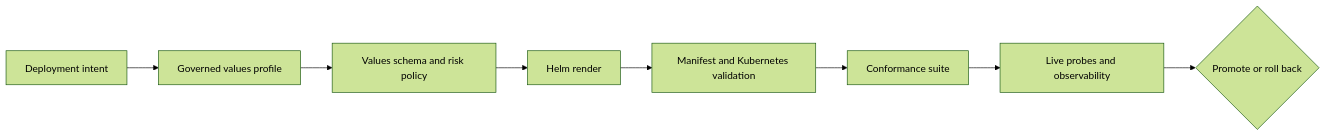
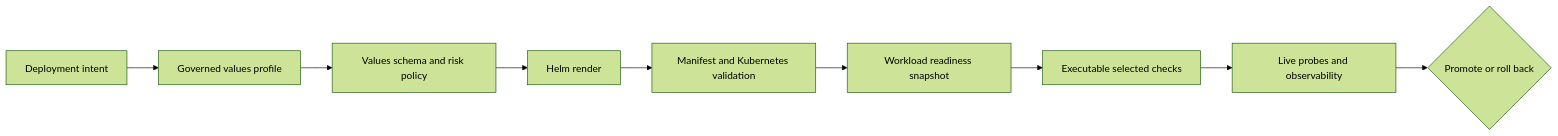
The first of 3 diagrams in docs/bijux-atlas-ops/kubernetes/index.md (bijux/bijux-atlas), drawn with Mermaid (forest theme) before and after one commit. The commit also changed other lines of this file and 2 other files, not shown here.

Commit message:
docs(kubernetes): distinguish readiness from suite conformance

````diff
--- a/docs/bijux-atlas-ops/kubernetes/index.md
+++ b/docs/bijux-atlas-ops/kubernetes/index.md
@@ -19,10 +19,11 @@
 ```mermaid
 flowchart LR
     I["Deployment intent"] --> P["Governed values profile"]
     P --> S["Values schema and risk policy"]
     S --> H["Helm render"]
     H --> V["Manifest and Kubernetes validation"]
-    V --> C["Conformance suite"]
+    V --> W["Workload readiness snapshot"]
+    W --> C["Executable selected checks"]
     C --> O["Live probes and observability"]
     O --> R{"Promote or roll back"}
 ```
````
